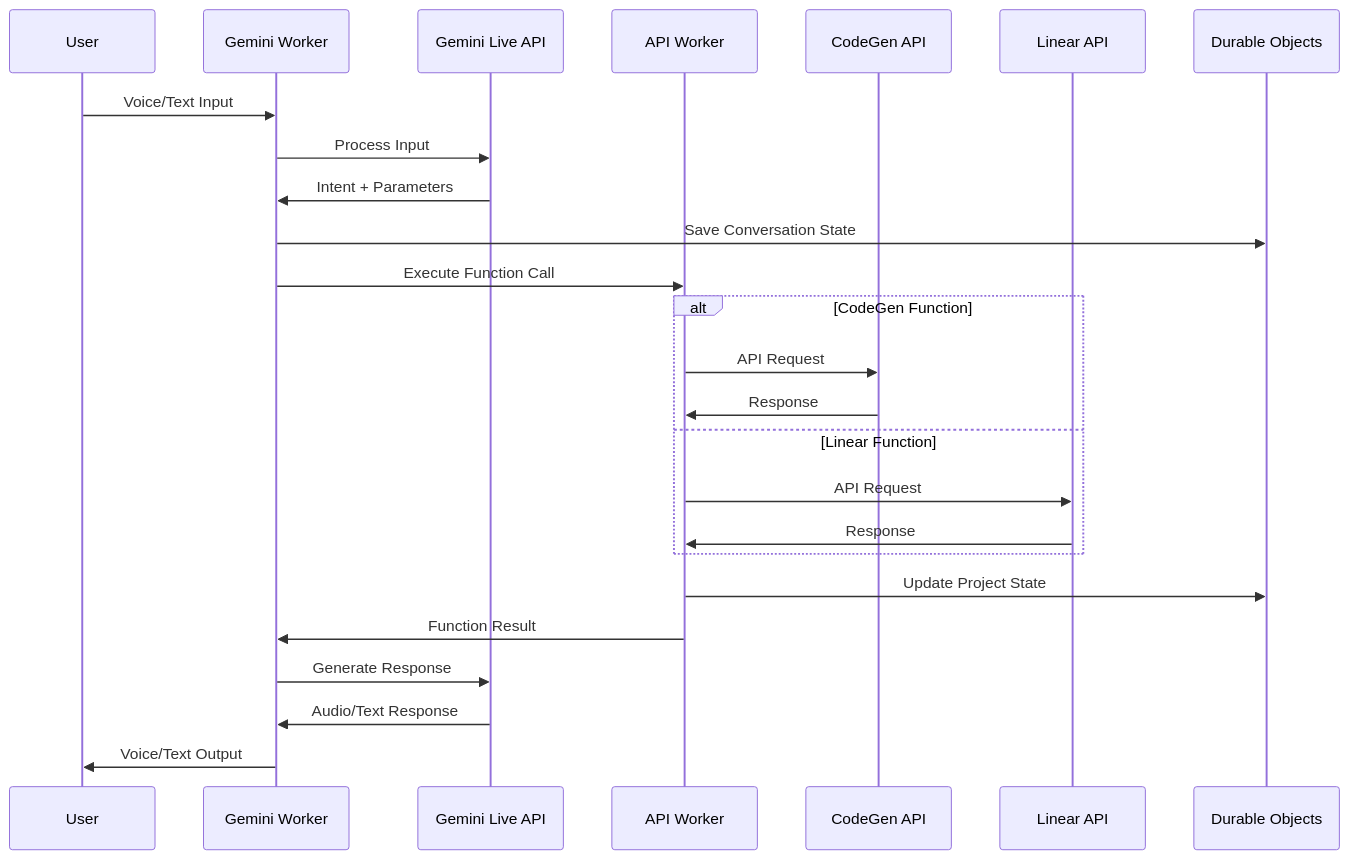
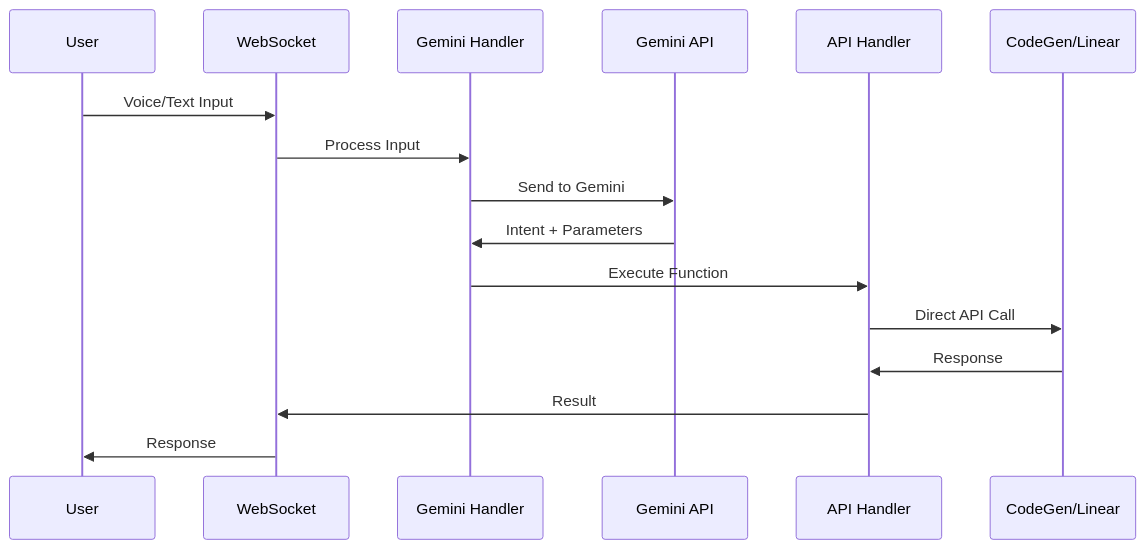
One commit to helaix/agient_ops changed the second of 2 diagrams in projects/gemini-live-interface-to-codegen/planning/02-architecture.md. Above: the diagram before and after it, drawn with Mermaid. The commit also changed other lines of this file, not shown here.

First line of the commit message:
fix: Completely revise architecture for 24-hour MVP implementation

````diff
--- a/projects/gemini-live-interface-to-codegen/planning/02-architecture.md
+++ b/projects/gemini-live-interface-to-codegen/planning/02-architecture.md
@@ -144,30 +113,19 @@
 ```mermaid
 sequenceDiagram
     participant U as User
-    participant GW as Gemini Worker
-    participant GL as Gemini Live API
-    participant AW as API Worker
-    participant CG as CodeGen API
-    participant LN as Linear API
-    participant DO as Durable Objects
+    participant WS as WebSocket
+    participant GH as Gemini Handler
+    participant GL as Gemini API
+    participant AH as API Handler
+    participant API as CodeGen/Linear
     
-    U->>GW: Voice/Text Input
-    GW->>GL: Process Input
-    GL->>GW: Intent + Parameters
-    GW->>DO: Save Conversation State
-    GW->>AW: Execute Function Call
-    
-    alt CodeGen Function
-        AW->>CG: API Request
-        CG->>AW: Response
-    else Linear Function
-        AW->>LN: API Request
-        LN->>AW: Response
-    end
-    
-    AW->>DO: Update Project State
-    AW->>GW: Function Result
-    GW->>GL: Generate Response
-    GL->>GW: Audio/Text Response
-    GW->>U: Voice/Text Output
+    U->>WS: Voice/Text Input
+    WS->>GH: Process Input
+    GH->>GL: Send to Gemini
+    GL->>GH: Intent + Parameters
+    GH->>AH: Execute Function
+    AH->>API: Direct API Call
+    API->>AH: Response
+    AH->>WS: Result
+    WS->>U: Response
 ```
````
